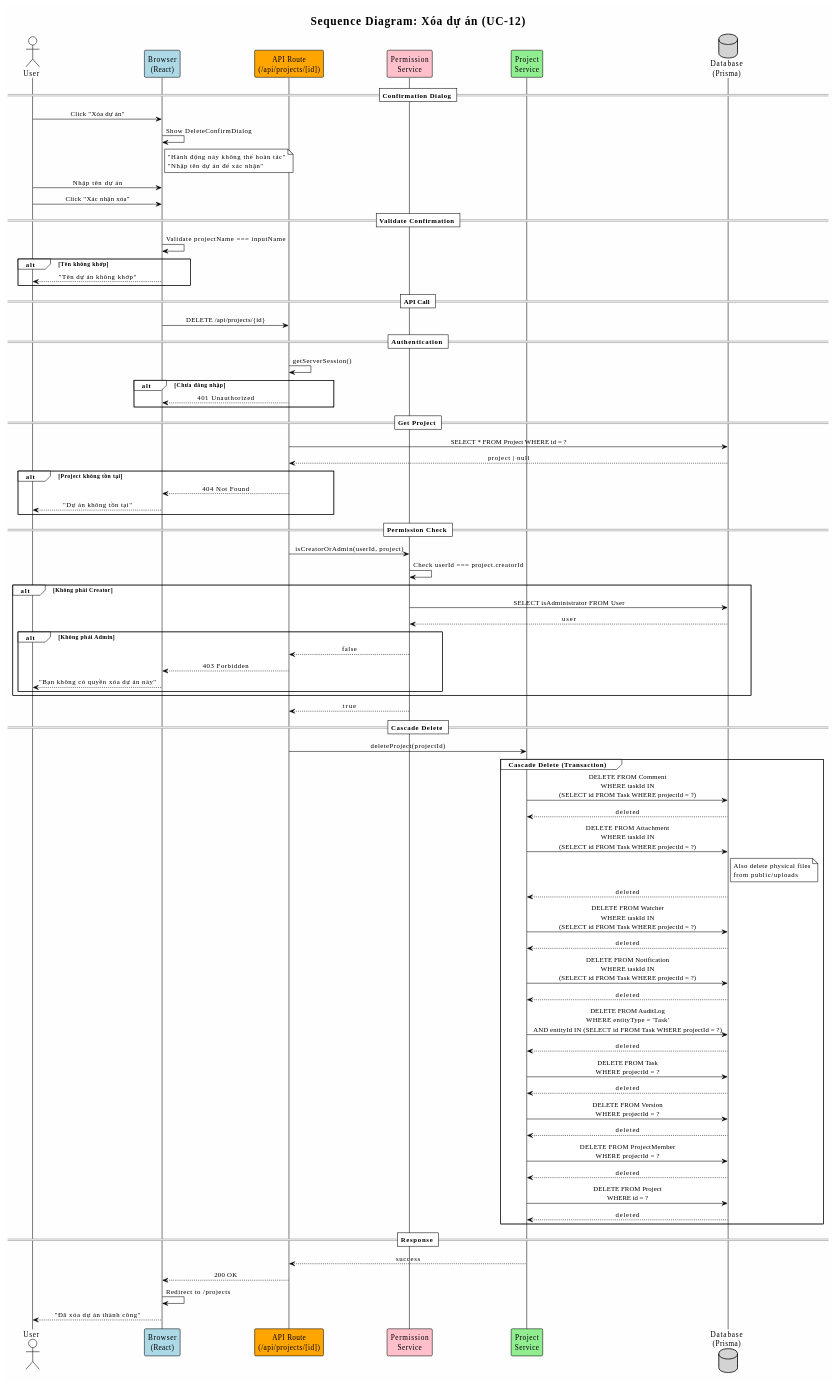
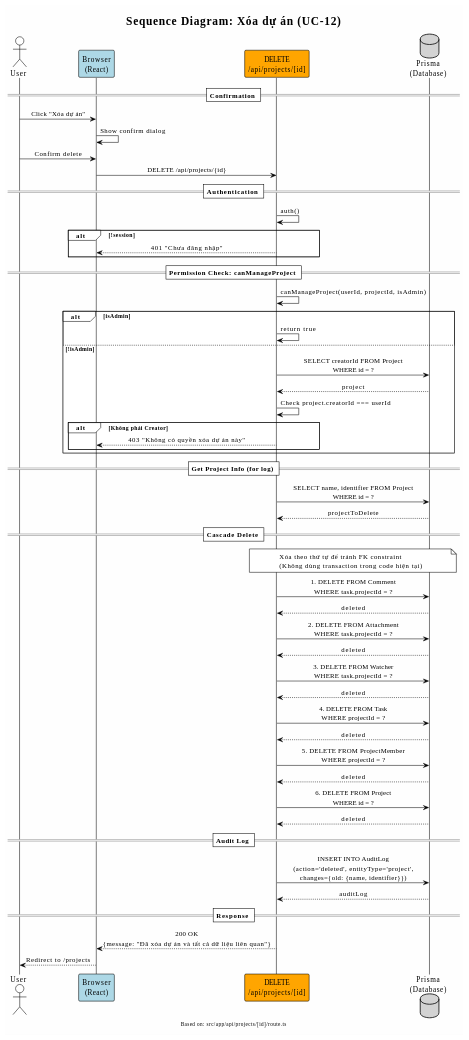
One commit to docuong039/worksphere changed the diagram in docs/sequence_diagram/03-delete-project.md. Above: the diagram before and after it, drawn with PlantUML. The commit also changed other lines of this file and 44 other files, not shown here.

Commit message:
update diagram trong docs

````diff
--- a/docs/sequence_diagram/03-delete-project.md
+++ b/docs/sequence_diagram/03-delete-project.md
@@ -26,107 +25,78 @@
 skinparam sequenceMessageAlign center
 
 title Sequence Diagram: Xóa dự án (UC-12)
+footer Based on: src/app/api/projects/[id]/route.ts
 
 actor "User" as User
 participant "Browser\n(React)" as Browser #LightBlue
-participant "API Route\n(/api/projects/[id])" as API #Orange
-participant "Permission\nService" as PermService #Pink
-participant "Project\nService" as ProjService #LightGreen
-database "Database\n(Prisma)" as DB #LightGray
+participant "DELETE\n/api/projects/[id]" as API #Orange
+database "Prisma\n(Database)" as DB #LightGray
 
-== Confirmation Dialog ==
+== Confirmation ==
 User -> Browser: Click "Xóa dự án"
-Browser -> Browser: Show DeleteConfirmDialog
-note right of Browser
-    "Hành động này không thể hoàn tác"
-    "Nhập tên dự án để xác nhận"
-end note
+Browser -> Browser: Show confirm dialog
+User -> Browser: Confirm delete
 
-User -> Browser: Nhập tên dự án
-User -> Browser: Click "Xác nhận xóa"
-
-== Validate Confirmation ==
-Browser -> Browser: Validate projectName === inputName
-alt Tên không khớp
-    Browser --> User: "Tên dự án không khớp"
-end
-
-== API Call ==
 Browser -> API: DELETE /api/projects/{id}
 
 == Authentication ==
-API -> API: getServerSession()
-alt Chưa đăng nhập
-    API --> Browser: 401 Unauthorized
+API -> API: auth()
+alt !session
+    API --> Browser: 401 "Chưa đăng nhập"
 end
 
-== Get Project ==
-API -> DB: SELECT * FROM Project WHERE id = ?
-DB --> API: project | null
+== Permission Check: canManageProject ==
+API -> API: canManageProject(userId, projectId, isAdmin)
 
-alt Project không tồn tại
-    API --> Browser: 404 Not Found
-    Browser --> User: "Dự án không tồn tại"
-end
-
-== Permission Check ==
-API -> PermService: isCreatorOrAdmin(userId, project)
-PermService -> PermService: Check userId === project.creatorId
-
-alt Không phải Creator
-    PermService -> DB: SELECT isAdministrator FROM User
-    DB --> PermService: user
+alt isAdmin
+    API -> API: return true
+else !isAdmin
+    API -> DB: SELECT creatorId FROM Project\nWHERE id = ?
+    DB --> API: project
     
-    alt Không phải Admin
-        PermService --> API: false
-        API --> Browser: 403 Forbidden
-        Browser --> User: "Bạn không có quyền xóa dự án này"
+    API -> API: Check project.creatorId === userId
+    
+    alt Không phải Creator
+        API --> Browser: 403 "Không có quyền xóa dự án này"
     end
 end
 
-PermService --> API: true
+== Get Project Info (for log) ==
+API -> DB: SELECT name, identifier FROM Project\nWHERE id = ?
+DB --> API: projectToDelete
 
 == Cascade Delete ==
-API -> ProjService: deleteProject(projectId)
+note over API, DB
+  Xóa theo thứ tự để tránh FK constraint
+  (Không dùng transaction trong code hiện tại)
+end note
 
-group Cascade Delete (Transaction)
-    ProjService -> DB: DELETE FROM Comment\nWHERE taskId IN\n(SELECT id FROM Task WHERE projectId = ?)
-    DB --> ProjService: deleted
-    
-    ProjService -> DB: DELETE FROM Attachment\nWHERE taskId IN\n(SELECT id FROM Task WHERE projectId = ?)
-    note right of DB
-        Also delete physical files
-        from public/uploads
-    end note
-    DB --> ProjService: deleted
-    
-    ProjService -> DB: DELETE FROM Watcher\nWHERE taskId IN\n(SELECT id FROM Task WHERE projectId = ?)
-    DB --> ProjService: deleted
-    
-    ProjService -> DB: DELETE FROM Notification\nWHERE taskId IN\n(SELECT id FROM Task WHERE projectId = ?)
-    DB --> ProjService: deleted
-    
-    ProjService -> DB: DELETE FROM AuditLog\nWHERE entityType = 'Task'\nAND entityId IN (SELECT id FROM Task WHERE projectId = ?)
-    DB --> ProjService: deleted
-    
-    ProjService -> DB: DELETE FROM Task\nWHERE projectId = ?
-    DB --> ProjService: deleted
-    
-    ProjService -> DB: DELETE FROM Version\nWHERE projectId = ?
-    DB --> ProjService: deleted
-    
-    ProjService -> DB: DELETE FROM ProjectMember\nWHERE projectId = ?
-    DB --> ProjService: deleted
-    
-    ProjService -> DB: DELETE FROM Project\nWHERE id = ?
-    DB --> ProjService: deleted
-end
+API -> DB: 1. DELETE FROM Comment\nWHERE task.projectId = ?
+DB --> API: deleted
+
+API -> DB: 2. DELETE FROM Attachment\nWHERE task.projectId = ?
+DB --> API: deleted
+
+API -> DB: 3. DELETE FROM Watcher\nWHERE task.projectId = ?
+DB --> API: deleted
+
+API -> DB: 4. DELETE FROM Task\nWHERE projectId = ?
+DB --> API: deleted
+
+API -> DB: 5. DELETE FROM ProjectMember\nWHERE projectId = ?
+DB --> API: deleted
+
+API -> DB: 6. DELETE FROM Project\nWHERE id = ?
+DB --> API: deleted
+
+== Audit Log ==
+API -> DB: INSERT INTO AuditLog\n(action='deleted', entityType='project',\nchanges={old: {name, identifier}})
+DB --> API: auditLog
 
 == Response ==
-ProjService --> API: success
-API --> Browser: 200 OK
-Browser -> Browser: Redirect to /projects
-Browser --> User: "Đã xóa dự án thành công"
+API --> Browser: 200 OK\n{message: "Đã xóa dự án và tất cả dữ liệu liên quan"}
+
+Browser --> User: Redirect to /projects
 
 @enduml
 ```
````
